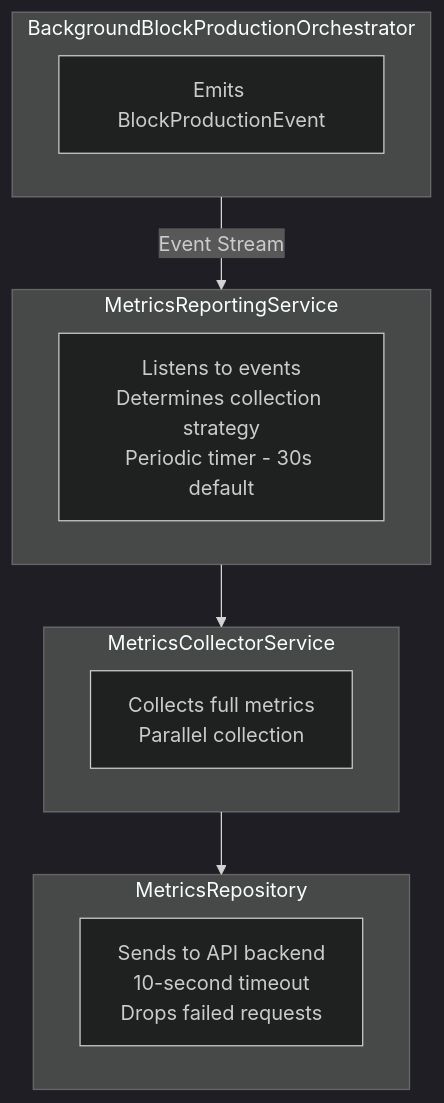
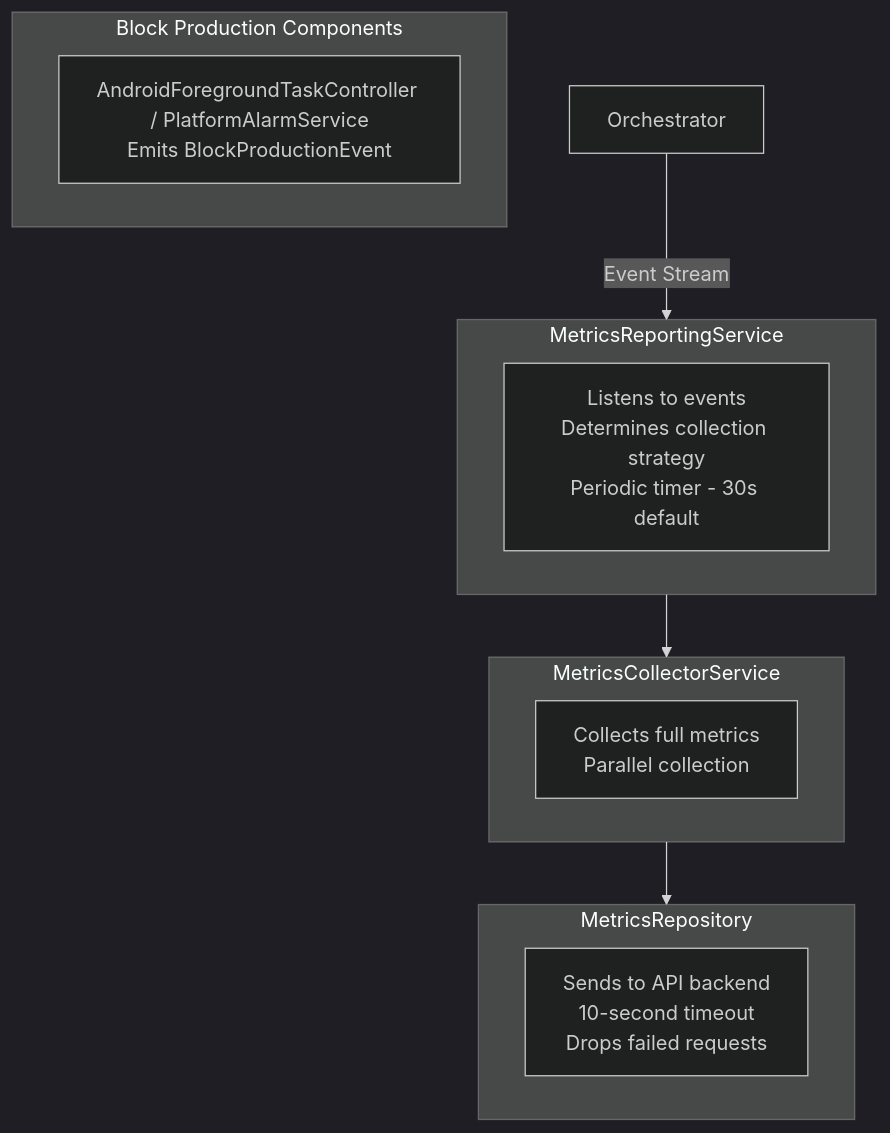
The diagram in docs/METRICS.md (Usernode-Labs/flutter-mobile-app), drawn with Mermaid (dark theme) before and after one commit. The commit also changed other lines of this file and 19 other files, not shown here.

First line of the commit message:
feat(bg_bp): rework background/foreground block production

````diff
--- a/docs/METRICS.md
+++ b/docs/METRICS.md
@@ -44,22 +44,22 @@
 ```mermaid
 flowchart TB
-    subgraph Orchestrator["BackgroundBlockProductionOrchestrator"]
-        O1["Emits BlockProductionEvent"]
+    subgraph Components["Block Production Components"]
+        O1["AndroidForegroundTaskController / PlatformAlarmService<br/>Emits BlockProductionEvent"]
     end
 
     subgraph Reporting["MetricsReportingService"]
         R1["Listens to events<br/>Determines collection strategy<br/>Periodic timer - 30s default"]
     end
 
     subgraph Collector["MetricsCollectorService"]
         C1["Collects full metrics<br/>Parallel collection"]
     end
 
     subgraph Repository["MetricsRepository"]
         Repo1["Sends to API backend<br/>10-second timeout<br/>Drops failed requests"]
     end
 
     Orchestrator -->|"Event Stream"| Reporting
     Reporting --> Collector
     Collector --> Repository
 ```
````
